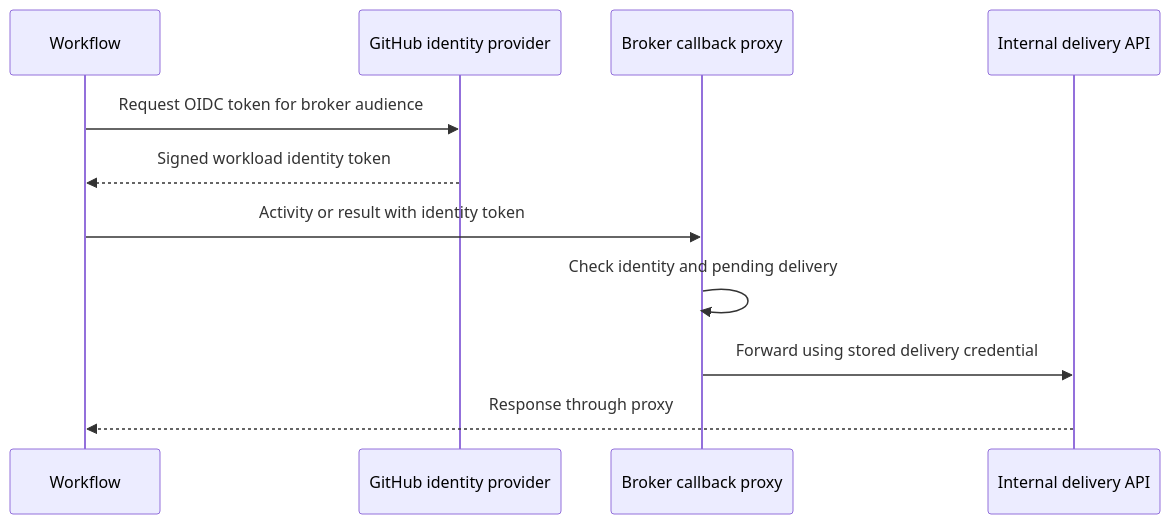
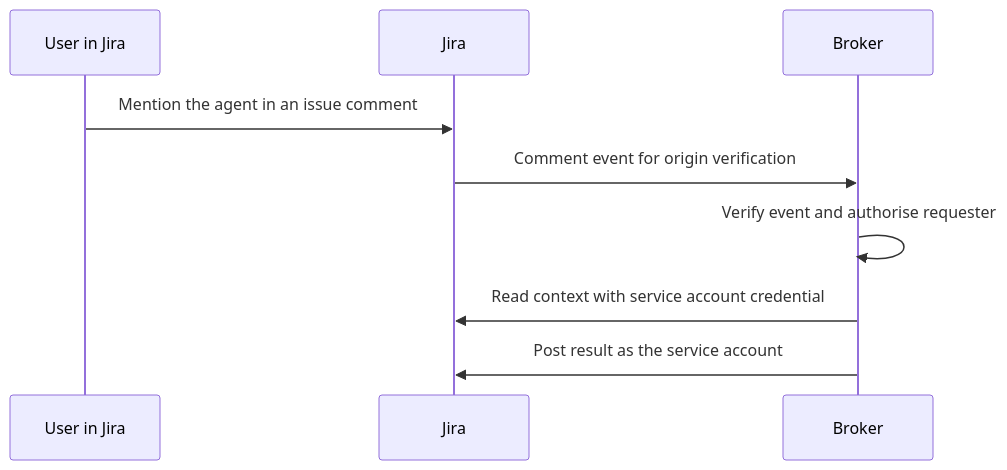
Before and after one commit to TheCloudPlumbingCo/slop-factory-pieces: the fourth of 6 diagrams in docs/14-agent-workflow-automation-architecture.md, drawn with Mermaid. The commit also changed other lines of this file and 4 other files, not shown here.

````diff
--- a/docs/14-agent-workflow-automation-architecture.md
+++ b/docs/14-agent-workflow-automation-architecture.md
@@ -356,13 +196,11 @@
 ```mermaid
 sequenceDiagram
-  participant W as Workflow
-  participant G as GitHub identity provider
-  participant P as Broker callback proxy
-  participant D as Internal delivery API
-  W->>G: Request OIDC token for broker audience
-  G-->>W: Signed workload identity token
-  W->>P: Activity or result with identity token
-  P->>P: Check identity and pending delivery
-  P->>D: Forward using stored delivery credential
-  D-->>W: Response through proxy
+  participant U as User in Jira
+  participant J as Jira
+  participant B as Broker
+  U->>J: Mention the agent in an issue comment
+  J->>B: Comment event for origin verification
+  B->>B: Verify event and authorise requester
+  B->>J: Read context with service account credential
+  B->>J: Post result as the service account
 ```
````
